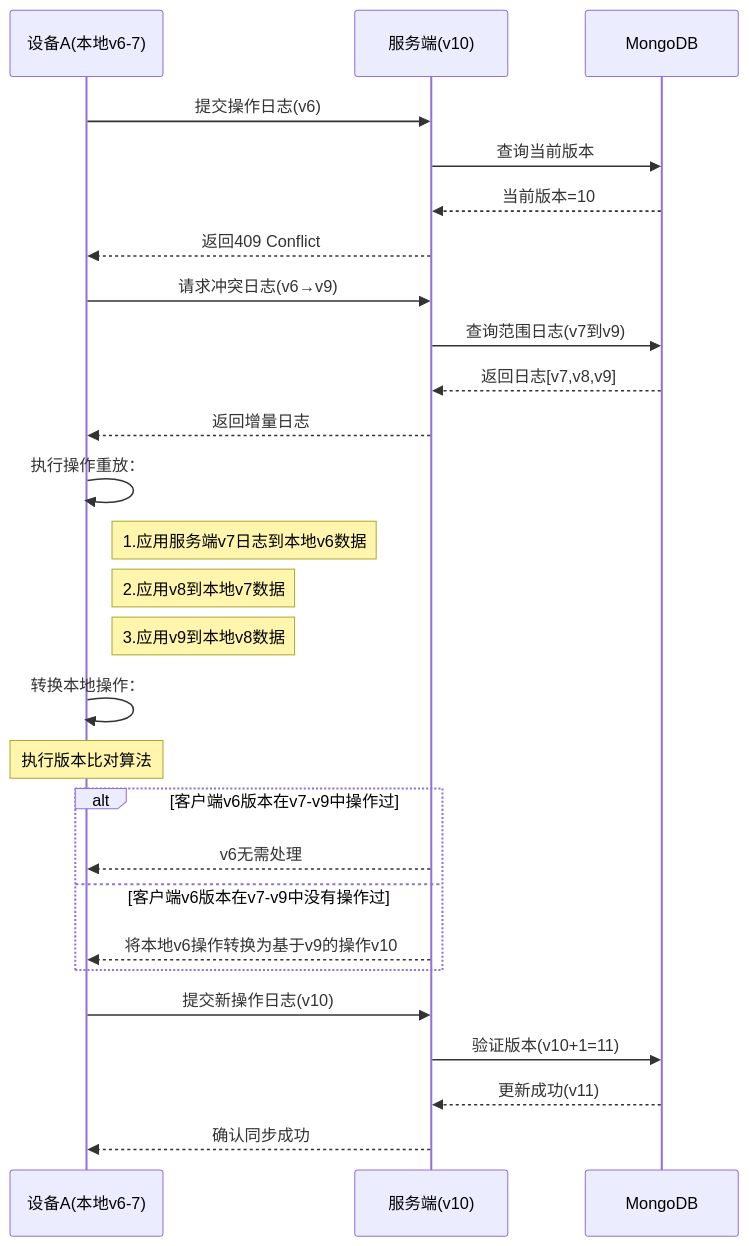
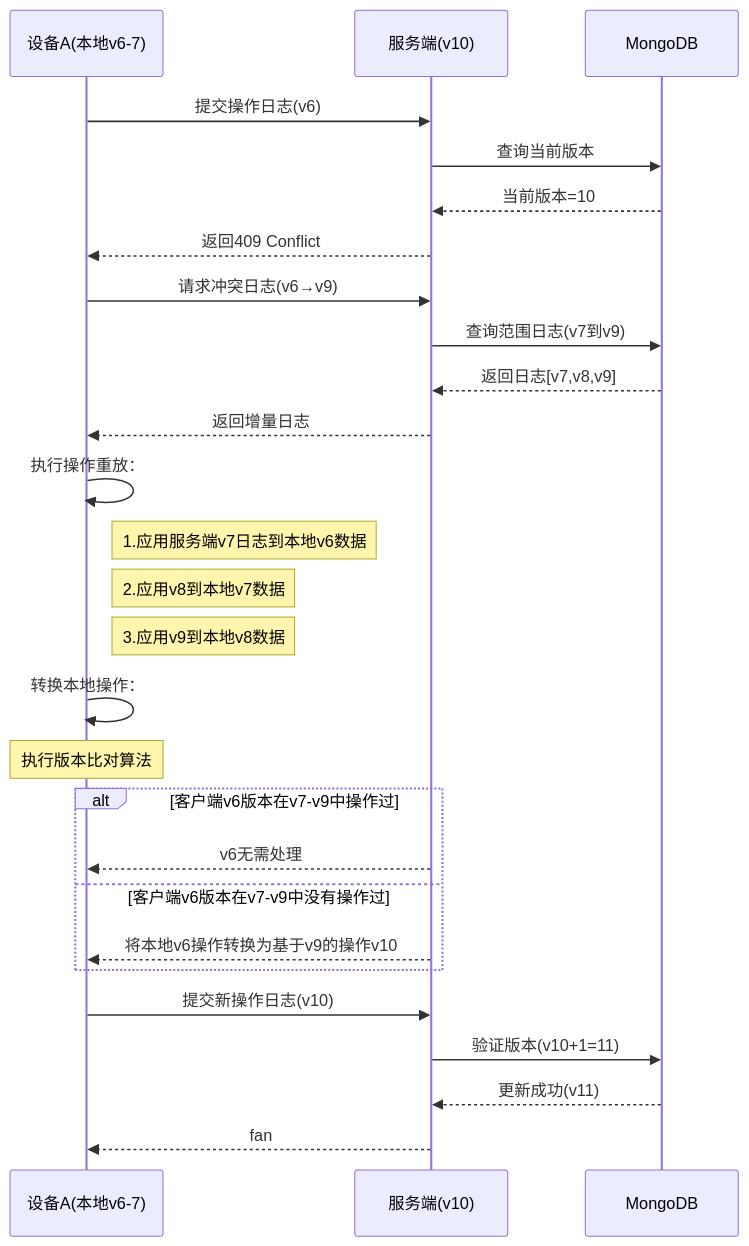
The diagram in all/未命名-26.md (yingjianzh/iodraw-files), drawn with Mermaid before and after one commit.

Commit message:
2025-02-26 17:02:27 update

````diff
--- a/all/未命名-26.md
+++ b/all/未命名-26.md
@@ -1,42 +1,42 @@
 ```mermaid
 sequenceDiagram
     participant A as 设备A(本地v6-7)
     participant S as 服务端(v10)
     participant DB as MongoDB
 
     %% 初始同步尝试
     A->>S: 提交操作日志(v6)
     S->>DB: 查询当前版本
     DB-->>S: 当前版本=10
     S-->>A: 返回409 Conflict
 
     %% 冲突解决阶段
     A->>S: 请求冲突日志(v6→v9)
     S->>DB: 查询范围日志(v7到v9)
     DB-->>S: 返回日志[v7,v8,v9]
     S-->>A: 返回增量日志
 
 
     %% 本地数据重建
     A->>A: 执行操作重放：
     note right of A: 1.应用服务端v7日志到本地v6数据
     note right of A: 2.应用v8到本地v7数据
     note right of A: 3.应用v9到本地v8数据
 
     %% 本地操作转换
     A->>A: 转换本地操作：
     Note over A: 执行版本比对算法
     alt 客户端v6版本在v7-v9中操作过
         S-->>A: v6无需处理
     else 客户端v6版本在v7-v9中没有操作过
         S-->>A: 将本地v6操作转换为基于v9的操作v10
     end
 
     %% 重新提交
     A->>S: 提交新操作日志(v10)
     S->>DB: 验证版本(v10+1=11)
     DB-->>S: 更新成功(v11)
-    S-->>A: 确认同步成功
+    S-->>A: fan
 
     
 ```
````
